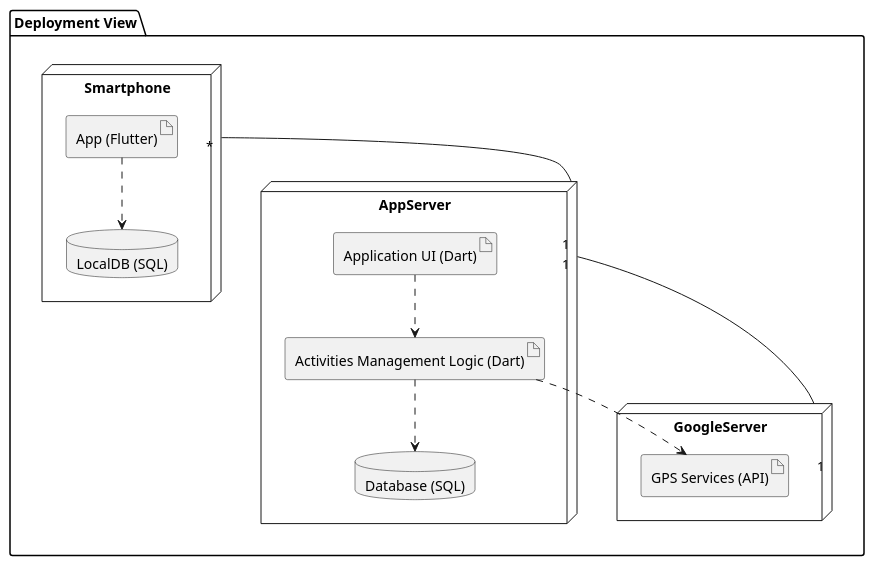
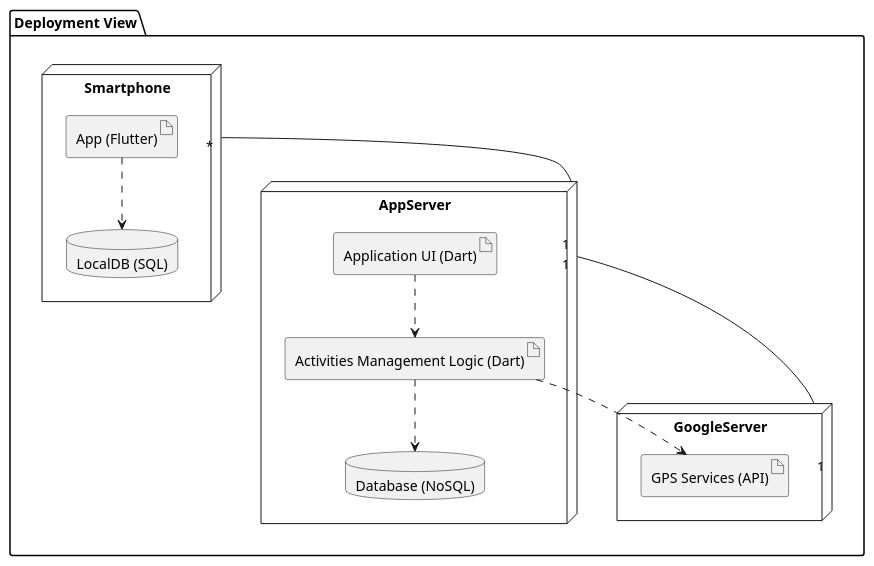
Before and after one commit to GoncaloMatias1/ES_Project2: the diagram in Resources/physicalArchiteture.plantuml, drawn with PlantUML. The commit also changed 3 other files, not shown here.

```diff
--- a/Resources/physicalArchiteture.plantuml
+++ b/Resources/physicalArchiteture.plantuml
@@ -1,49 +1,49 @@
 @startuml Physical Architeture
 
 package "Deployment View" {
 
     node Smartphone {
         artifact "App (Flutter)" as nome{
         }
 
         database "LocalDB (SQL)" as localDB {
         }
 
         nome ..> localDB
     }
 
     node AppServer {
 
         top to bottom direction
 
         artifact "Application UI (Dart)" as AppUI {
         }
 
         
         artifact "Activities Management Logic (Dart)" as ACTM {
         }
 
-        database "Database (SQL)" as database {
+        database "Database (NoSQL)" as database {
         }
 
         AppUI ..> ACTM
 
         ACTM ..> database
 
 
     }
 
 
     node GoogleServer {
         artifact "GPS Services (API)" as GPS {
         }
     }
 
     Smartphone "*" -- "1" AppServer
 
     ACTM  ..> GPS
 
     AppServer "1" -- "1" GoogleServer
 }
 
 @enduml
```
